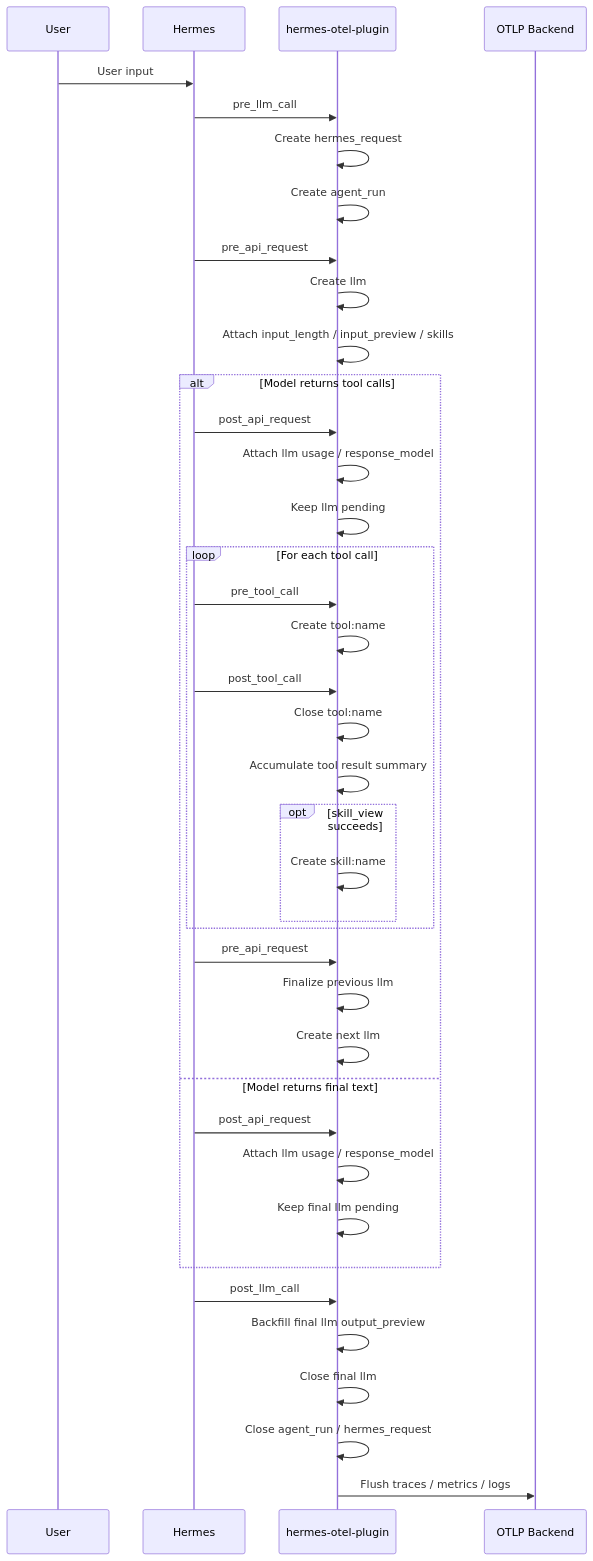
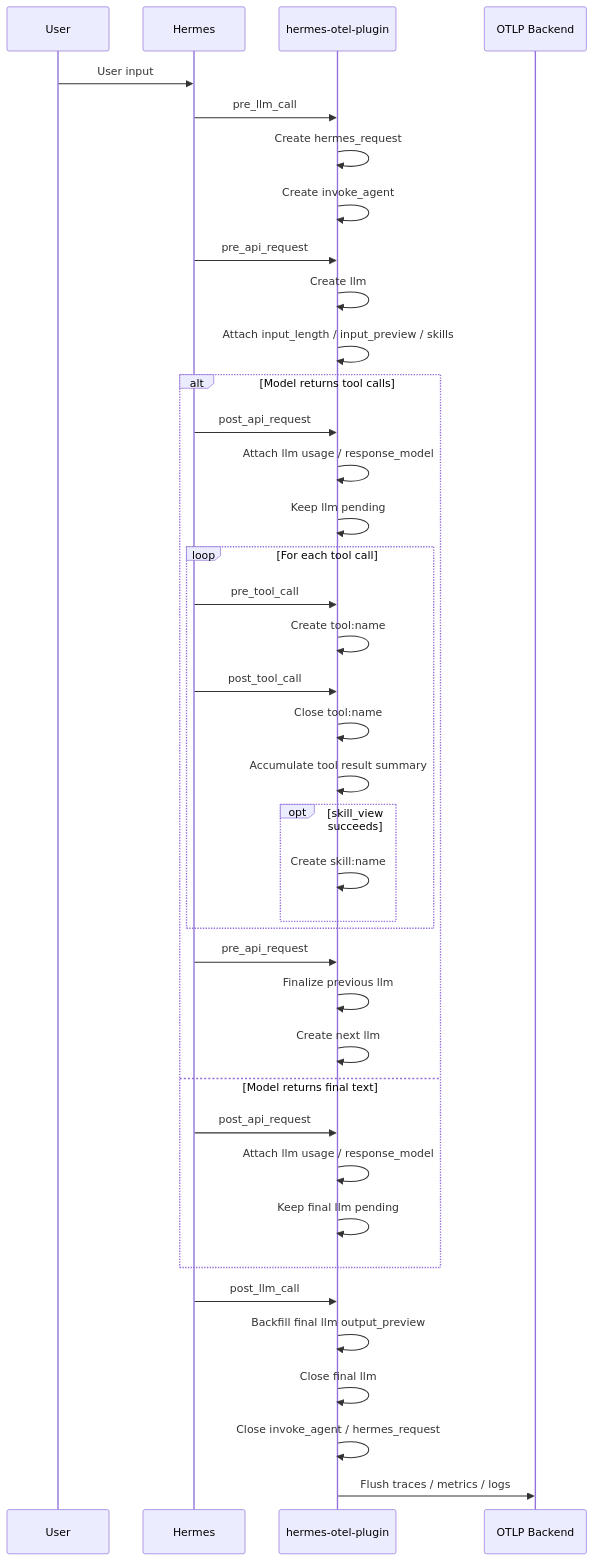
One commit to GuanceCloud/hermes-otel-plugin changed the third of 5 diagrams in docs/en/architecture.md. Above: the diagram before and after it, drawn with Mermaid. The commit also changed other lines of this file and 23 other files, not shown here.

````diff
--- a/docs/en/architecture.md
+++ b/docs/en/architecture.md
@@ -51,47 +51,47 @@
 ```mermaid
 sequenceDiagram
     participant U as User
     participant H as Hermes
     participant P as hermes-otel-plugin
     participant O as OTLP Backend
 
     U->>H: User input
     H->>P: pre_llm_call
     P->>P: Create hermes_request
-    P->>P: Create agent_run
+    P->>P: Create invoke_agent
 
     H->>P: pre_api_request
     P->>P: Create llm
     P->>P: Attach input_length / input_preview / skills
 
     alt Model returns tool calls
         H->>P: post_api_request
         P->>P: Attach llm usage / response_model
         P->>P: Keep llm pending
 
         loop For each tool call
             H->>P: pre_tool_call
             P->>P: Create tool:name
             H->>P: post_tool_call
             P->>P: Close tool:name
             P->>P: Accumulate tool result summary
             opt skill_view succeeds
                 P->>P: Create skill:name
             end
         end
 
         H->>P: pre_api_request
         P->>P: Finalize previous llm
         P->>P: Create next llm
     else Model returns final text
         H->>P: post_api_request
         P->>P: Attach llm usage / response_model
         P->>P: Keep final llm pending
     end
 
     H->>P: post_llm_call
     P->>P: Backfill final llm output_preview
     P->>P: Close final llm
-    P->>P: Close agent_run / hermes_request
+    P->>P: Close invoke_agent / hermes_request
     P->>O: Flush traces / metrics / logs
 ```
````
